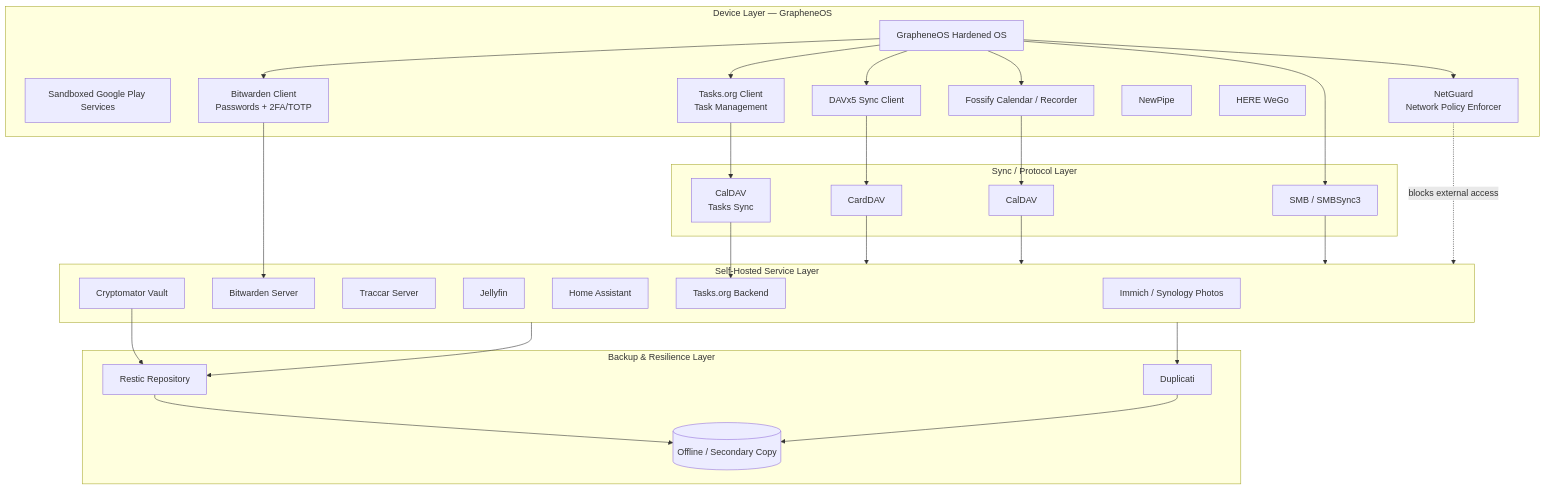
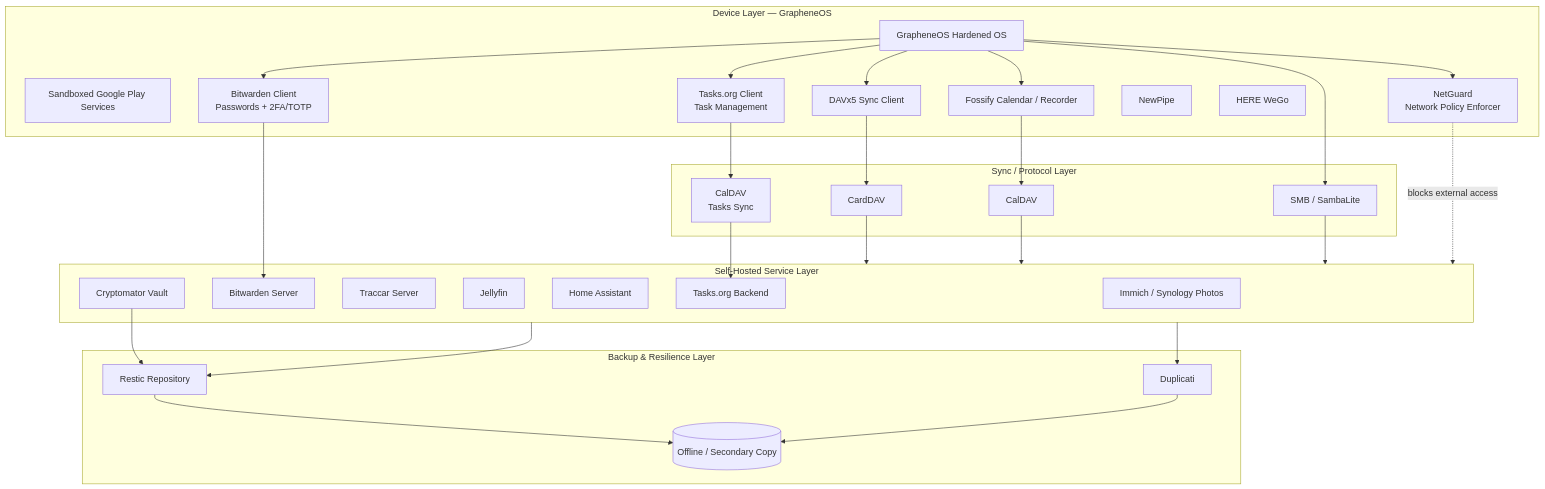
The first of 6 diagrams in README.md (Kf1sh27/DeGoogle), drawn with Mermaid before and after one commit. The commit also changed other lines of this file, not shown here.

Commit message:
Replace SMBSync3 references with SambaLite in README

````diff
--- a/README.md
+++ b/README.md
@@ -43,47 +43,47 @@
 ```mermaid
 flowchart TB
     subgraph Device["Device Layer — GrapheneOS"]
         GOS[GrapheneOS Hardened OS]
         SGP[Sandboxed Google Play Services]
         DAVx5[DAVx5 Sync Client]
         Fossify[Fossify Calendar / Recorder]
         BWClient[Bitwarden Client<br/>Passwords + 2FA/TOTP]
         TasksOrg[Tasks.org Client<br/>Task Management]
         NewPipe[NewPipe]
         HERE[HERE WeGo]
         NetGuard[NetGuard<br/>Network Policy Enforcer]
     end
 
     subgraph Sync["Sync / Protocol Layer"]
         CardDAV[CardDAV]
         CalDAV[CalDAV]
         TaskDAV[CalDAV<br/>Tasks Sync]
-        SMB[SMB / SMBSync3]
+        SMB[SMB / SambaLite]
     end
 
     subgraph Homelab["Self-Hosted Service Layer"]
         Immich[Immich / Synology Photos]
         Bitwarden[Bitwarden Server]
         Traccar[Traccar Server]
         Jellyfin[Jellyfin]
         HA[Home Assistant]
         TasksBackend[Tasks.org Backend]
         CryptoVault[Cryptomator Vault]
     end
 
     subgraph BackupLayer["Backup & Resilience Layer"]
         Restic[Restic Repository]
         Duplicati[Duplicati]
         Offsite[(Offline / Secondary Copy)]
     end
 
     GOS --> DAVx5 --> CardDAV --> Homelab
     GOS --> Fossify --> CalDAV --> Homelab
     GOS --> TasksOrg --> TaskDAV --> TasksBackend
     GOS --> BWClient --> Bitwarden
     GOS --> SMB --> Homelab
     GOS --> NetGuard -.blocks external access.-> Homelab
     Homelab --> Restic --> Offsite
     Homelab --> Duplicati --> Offsite
     CryptoVault --> Restic
 ```
````
